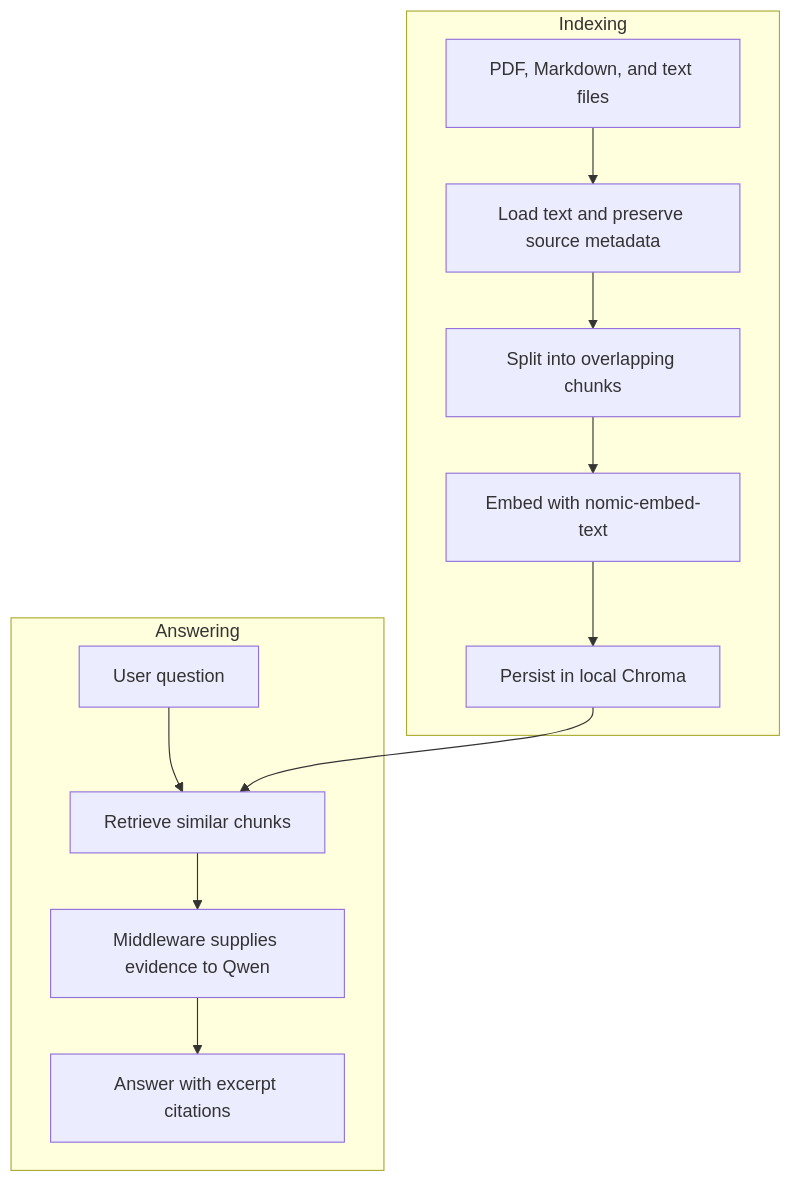
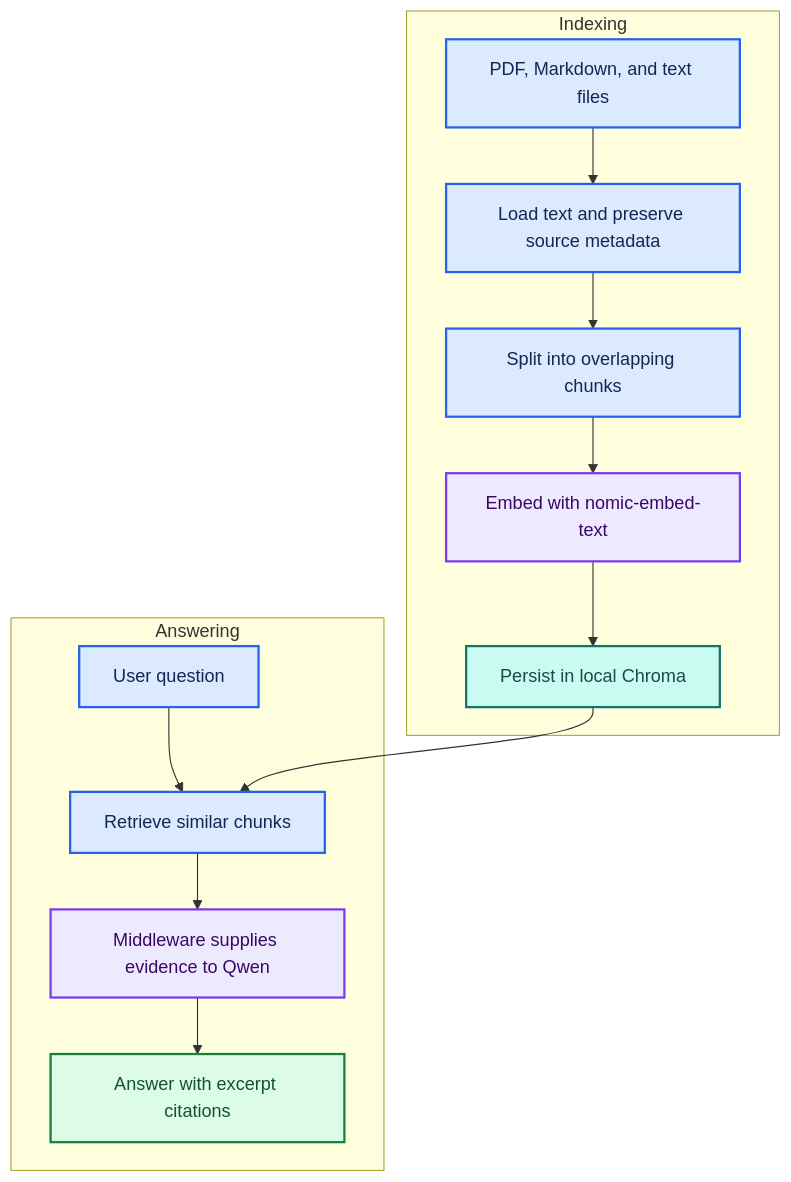
The diagram in README.md (anne500/document-rag-qa-agent), drawn with Mermaid before and after one commit. The commit also changed other lines of this file, not shown here.

Commit message:
Standardize architecture diagram colors

````diff
--- a/README.md
+++ b/README.md
@@ -11,15 +13,29 @@
 ```mermaid
 flowchart TD
     subgraph Indexing
         A["PDF, Markdown, and text files"] --> B["Load text and preserve source metadata"]
         B --> C["Split into overlapping chunks"]
         C --> D["Embed with nomic-embed-text"]
         D --> E["Persist in local Chroma"]
     end
     subgraph Answering
         F["User question"] --> G["Retrieve similar chunks"]
         E --> G
         G --> H["Middleware supplies evidence to Qwen"]
         H --> I["Answer with excerpt citations"]
     end
+
+    %% Shared architecture palette: see VISUAL_STYLE.md
+    classDef default fill:#F8FAFC,stroke:#475569,color:#0F172A,stroke-width:2px;
+    classDef process fill:#DBEAFE,stroke:#2563EB,color:#172554,stroke-width:2px;
+    classDef model fill:#EDE9FE,stroke:#7C3AED,color:#3B0764,stroke-width:2px;
+    classDef store fill:#CCFBF1,stroke:#0F766E,color:#134E4A,stroke-width:2px;
+    classDef decision fill:#FEF3C7,stroke:#B45309,color:#78350F,stroke-width:2px;
+    classDef human fill:#FFEDD5,stroke:#C2410C,color:#7C2D12,stroke-width:2px;
+    classDef output fill:#DCFCE7,stroke:#15803D,color:#14532D,stroke-width:2px;
+    classDef failure fill:#FEE2E2,stroke:#B91C1C,color:#7F1D1D,stroke-width:2px;
+    class A,B,C,F,G process;
+    class D,H model;
+    class E store;
+    class I output;
 ```
````
